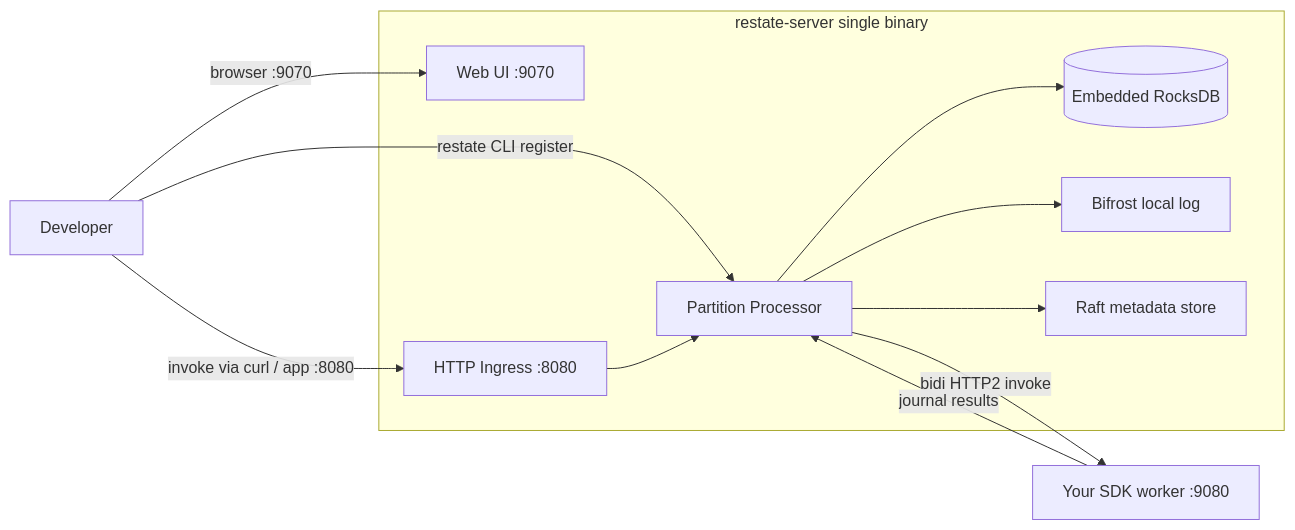
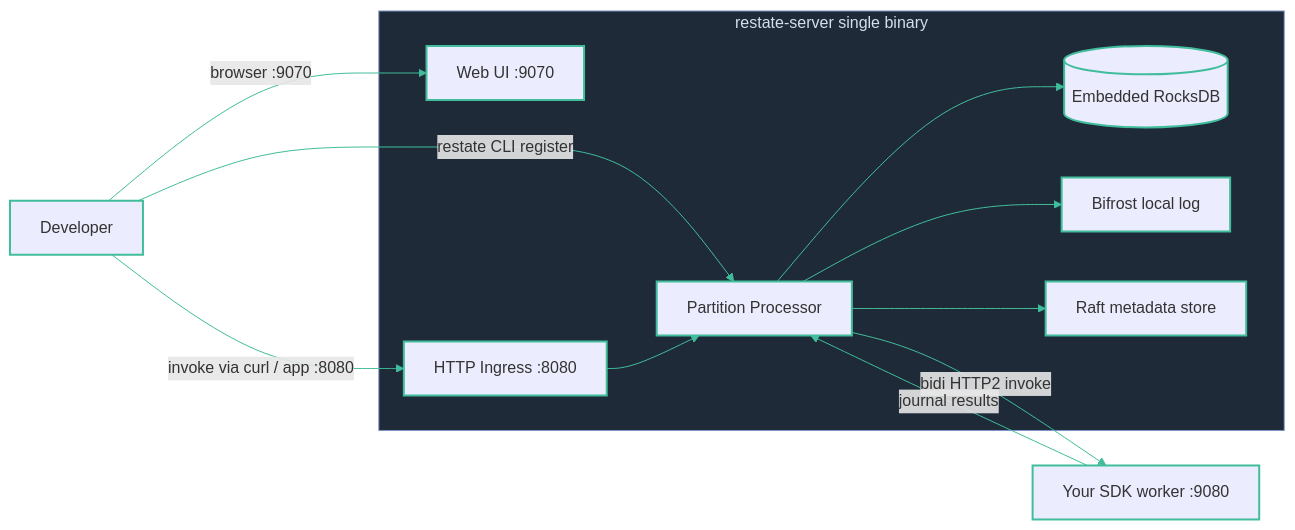
One commit to diagrid-labs/durable-execution-battle changed the diagram in slides/01-dx/08-local-restate.md. Above: the diagram before and after it, drawn with Mermaid. The commit also changed 51 other files, not shown here.

````diff
--- a/slides/01-dx/08-local-restate.md
+++ b/slides/01-dx/08-local-restate.md
@@ -10,20 +10,23 @@
 ```mermaid
 graph LR
   Dev[Developer] -->|restate CLI register| Proc
   Dev -->|browser :9070| UI
   Dev -->|invoke via curl / app :8080| Ingress
   subgraph Box[restate-server single binary]
     Ingress[HTTP Ingress :8080]
     Proc[Partition Processor]
     Rocks[(Embedded RocksDB)]
     Log[Bifrost local log]
     Meta[Raft metadata store]
     UI[Web UI :9070]
     Ingress --> Proc
     Proc --> Rocks
     Proc --> Log
     Proc --> Meta
   end
   Proc -->|bidi HTTP2 invoke| Worker[Your SDK worker :9080]
   Worker -->|journal results| Proc
+  classDef default stroke:#41bd9b,stroke-width:2px
+  linkStyle default stroke:#41bd9b,stroke-width:1px
+  style Box fill:#1e2a38,stroke:#7c93c7,stroke-width:1px,color:#d6def0
 ```
````
